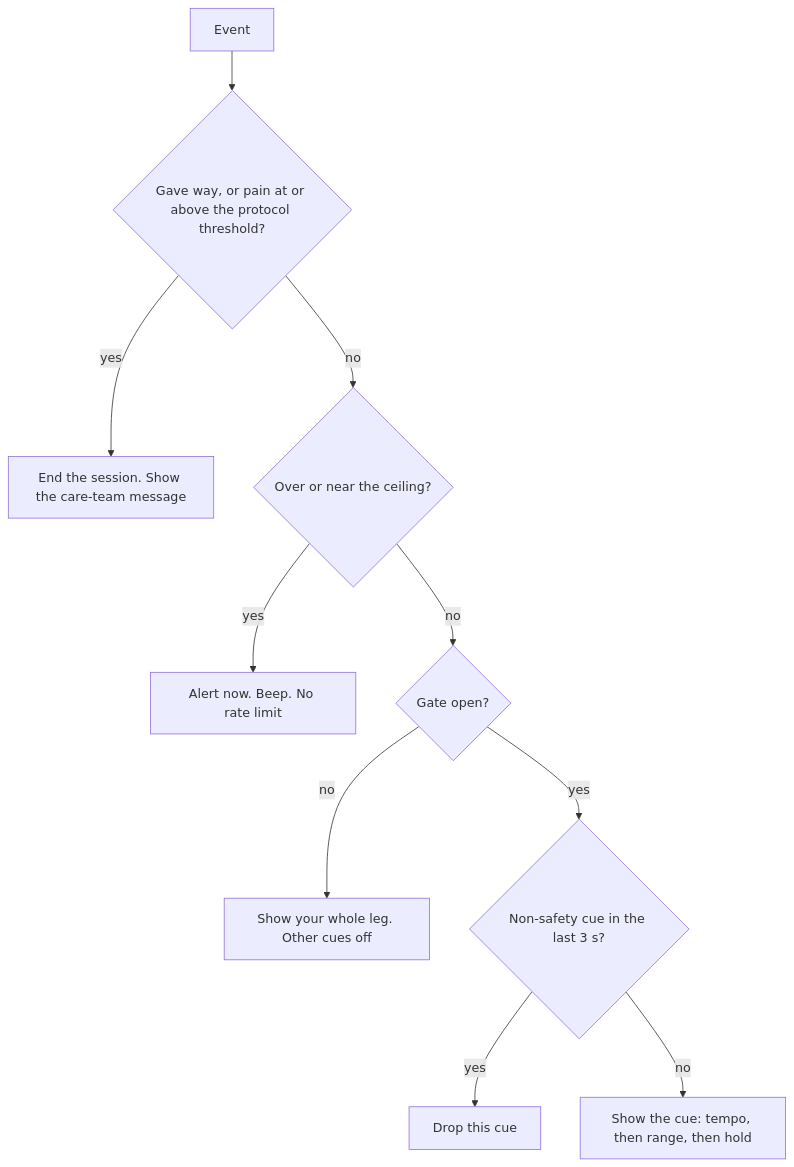
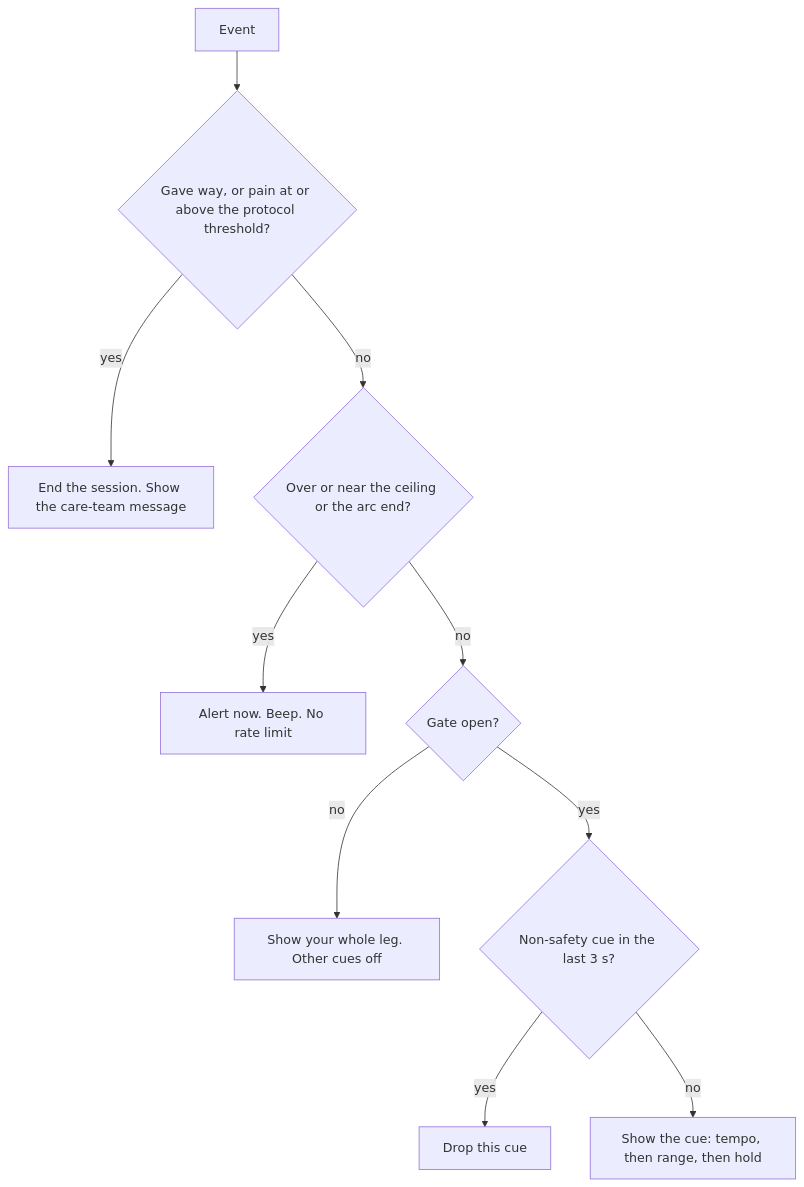
One commit to LuisCarlosOliveira/mpfl-rehab-app changed the first of 2 diagrams in docs/adaptation-and-live-form-design.md. Above: the diagram before and after it, drawn with Mermaid. The commit also changed other lines of this file and 391 other files, not shown here.

````diff
--- a/docs/adaptation-and-live-form-design.md
+++ b/docs/adaptation-and-live-form-design.md
@@ -104,12 +114,12 @@
 ```mermaid
 flowchart TD
   E[Event] --> P0{Gave way, or pain at or above the protocol threshold?}
   P0 -->|yes| S0[End the session. Show the care-team message]
-  P0 -->|no| P1{Over or near the ceiling?}
+  P0 -->|no| P1{Over or near the ceiling or the arc end?}
   P1 -->|yes| S1[Alert now. Beep. No rate limit]
   P1 -->|no| G{Gate open?}
   G -->|no| S2[Show your whole leg. Other cues off]
   G -->|yes| R{Non-safety cue in the last 3 s?}
   R -->|yes| D[Drop this cue]
   R -->|no| S3[Show the cue: tempo, then range, then hold]
 ```
````
